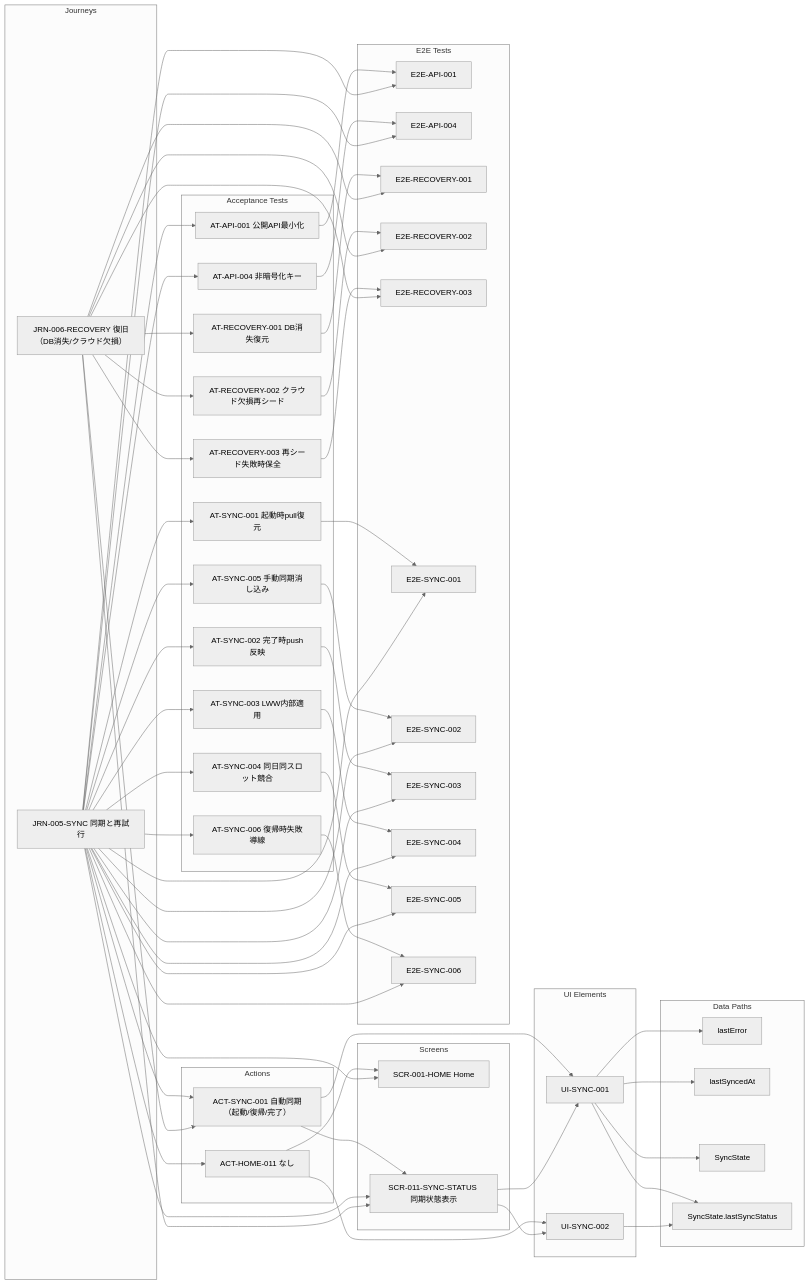
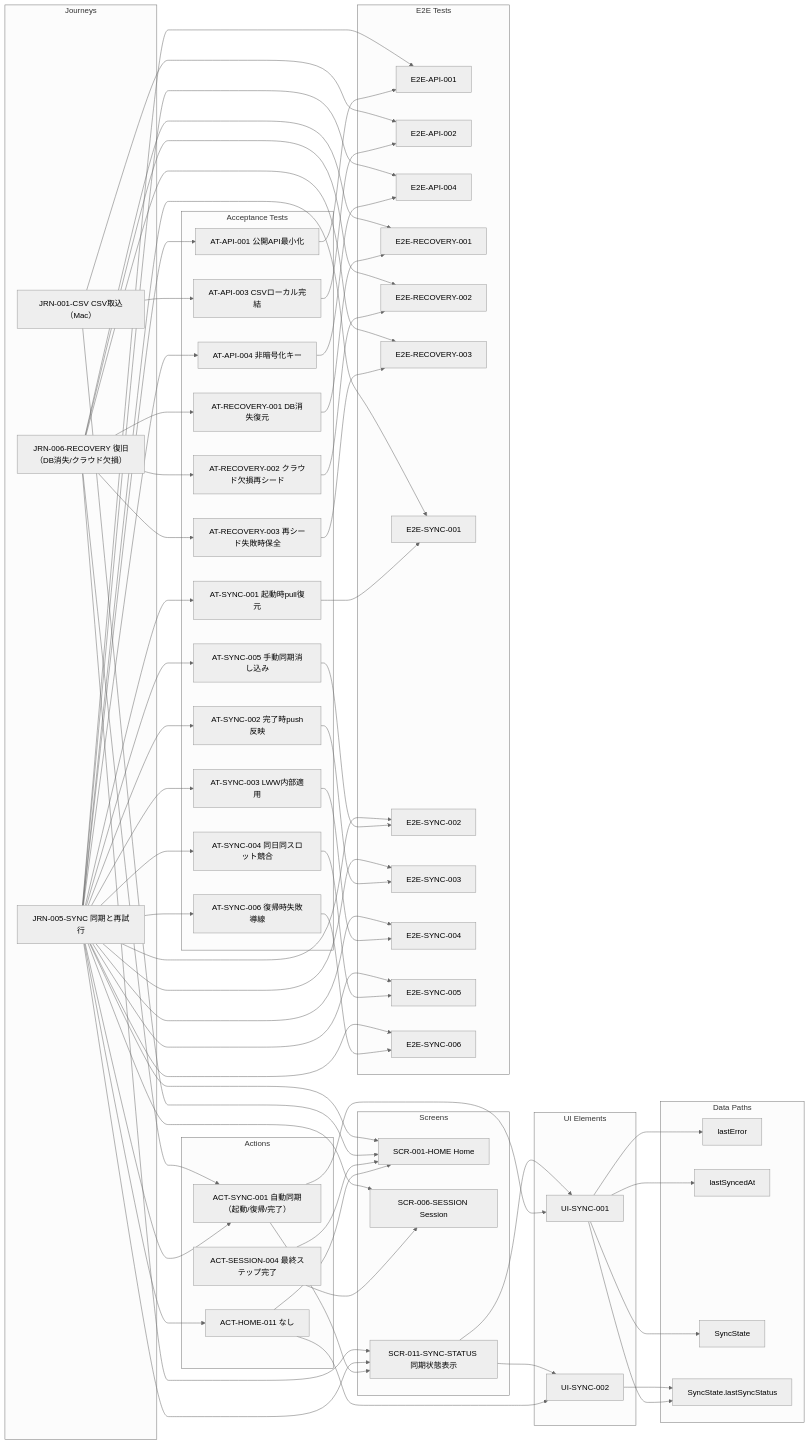
Before and after one commit to h-sakanet/capd_navi: the diagram in docs/generated/screens/SCR-011-SYNC-STATUS.md, drawn with Mermaid (neutral theme). The commit also changed 763 other files, not shown here.

````diff
--- a/docs/generated/screens/SCR-011-SYNC-STATUS.md
+++ b/docs/generated/screens/SCR-011-SYNC-STATUS.md
@@ -4,101 +4,113 @@
 flowchart LR
   %% SCR-011-SYNC-STATUS
   subgraph JRN["Journeys"]
-    N29["JRN-005-SYNC 同期と再試行"]
-    N30["JRN-006-RECOVERY 復旧（DB消失/クラウド欠損）"]
+    N32["JRN-001-CSV CSV取込（Mac）"]
+    N33["JRN-005-SYNC 同期と再試行"]
+    N34["JRN-006-RECOVERY 復旧（DB消失/クラウド欠損）"]
   end
   subgraph ACT["Actions"]
     N1["ACT-HOME-011 なし"]
-    N2["ACT-SYNC-001 自動同期（起動/復帰/完了）"]
+    N2["ACT-SESSION-004 最終ステップ完了"]
+    N3["ACT-SYNC-001 自動同期（起動/復帰/完了）"]
   end
   subgraph SCR["Screens"]
-    N31["SCR-001-HOME Home"]
-    N32["SCR-011-SYNC-STATUS 同期状態表示"]
+    N35["SCR-001-HOME Home"]
+    N36["SCR-006-SESSION Session"]
+    N37["SCR-011-SYNC-STATUS 同期状態表示"]
   end
   subgraph UI["UI Elements"]
-    N33["UI-SYNC-001"]
-    N34["UI-SYNC-002"]
+    N38["UI-SYNC-001"]
+    N39["UI-SYNC-002"]
   end
   subgraph AT["Acceptance Tests"]
-    N3["AT-API-001 公開API最小化"]
-    N4["AT-API-004 非暗号化キー"]
-    N5["AT-RECOVERY-001 DB消失復元"]
-    N6["AT-RECOVERY-002 クラウド欠損再シード"]
-    N7["AT-RECOVERY-003 再シード失敗時保全"]
-    N8["AT-SYNC-001 起動時pull復元"]
-    N9["AT-SYNC-002 完了時push反映"]
-    N10["AT-SYNC-003 LWW内部適用"]
-    N11["AT-SYNC-004 同日同スロット競合"]
-    N12["AT-SYNC-005 手動同期消し込み"]
-    N13["AT-SYNC-006 復帰時失敗導線"]
+    N4["AT-API-001 公開API最小化"]
+    N5["AT-API-003 CSVローカル完結"]
+    N6["AT-API-004 非暗号化キー"]
+    N7["AT-RECOVERY-001 DB消失復元"]
+    N8["AT-RECOVERY-002 クラウド欠損再シード"]
+    N9["AT-RECOVERY-003 再シード失敗時保全"]
+    N10["AT-SYNC-001 起動時pull復元"]
+    N11["AT-SYNC-002 完了時push反映"]
+    N12["AT-SYNC-003 LWW内部適用"]
+    N13["AT-SYNC-004 同日同スロット競合"]
+    N14["AT-SYNC-005 手動同期消し込み"]
+    N15["AT-SYNC-006 復帰時失敗導線"]
   end
   subgraph E2E["E2E Tests"]
-    N18["E2E-API-001"]
-    N19["E2E-API-004"]
-    N20["E2E-RECOVERY-001"]
-    N21["E2E-RECOVERY-002"]
-    N22["E2E-RECOVERY-003"]
-    N23["E2E-SYNC-001"]
-    N24["E2E-SYNC-002"]
-    N25["E2E-SYNC-003"]
-    N26["E2E-SYNC-004"]
-    N27["E2E-SYNC-005"]
-    N28["E2E-SYNC-006"]
+    N20["E2E-API-001"]
+    N21["E2E-API-002"]
+    N22["E2E-API-004"]
+    N23["E2E-RECOVERY-001"]
+    N24["E2E-RECOVERY-002"]
+    N25["E2E-RECOVERY-003"]
+    N26["E2E-SYNC-001"]
+    N27["E2E-SYNC-002"]
+    N28["E2E-SYNC-003"]
+    N29["E2E-SYNC-004"]
+    N30["E2E-SYNC-005"]
+    N31["E2E-SYNC-006"]
   end
   subgraph DATA["Data Paths"]
-    N14["lastError"]
-    N15["lastSyncedAt"]
-    N16["SyncState"]
-    N17["SyncState.lastSyncStatus"]
+    N16["lastError"]
+    N17["lastSyncedAt"]
+    N18["SyncState"]
+    N19["SyncState.lastSyncStatus"]
   end
-  N1 --> N31
-  N1 --> N34
-  N2 --> N32
-  N2 --> N33
-  N3 --> N18
-  N4 --> N19
-  N5 --> N20
-  N6 --> N21
-  N7 --> N22
-  N8 --> N23
+  N1 --> N35
+  N1 --> N39
+  N2 --> N35
+  N2 --> N36
+  N3 --> N37
+  N3 --> N38
+  N4 --> N20
+  N5 --> N21
+  N6 --> N22
+  N7 --> N23
+  N8 --> N24
   N9 --> N25
   N10 --> N26
-  N11 --> N27
-  N12 --> N24
-  N13 --> N28
-  N29 --> N1
-  N29 --> N2
-  N29 --> N3
-  N29 --> N4
-  N29 --> N8
-  N29 --> N9
-  N29 --> N10
-  N29 --> N11
-  N29 --> N12
-  N29 --> N13
-  N29 --> N18
-  N29 --> N19
-  N29 --> N23
-  N29 --> N24
-  N29 --> N25
-  N29 --> N26
-  N29 --> N27
-  N29 --> N28
-  N29 --> N31
-  N29 --> N32
-  N30 --> N2
-  N30 --> N5
-  N30 --> N6
-  N30 --> N7
-  N30 --> N20
-  N30 --> N21
-  N30 --> N22
-  N30 --> N32
-  N32 --> N33
-  N32 --> N34
+  N11 --> N28
+  N12 --> N29
+  N13 --> N30
+  N14 --> N27
+  N15 --> N31
+  N32 --> N5
+  N32 --> N21
+  N32 --> N35
+  N33 --> N1
+  N33 --> N3
+  N33 --> N4
+  N33 --> N6
+  N33 --> N10
+  N33 --> N11
+  N33 --> N12
+  N33 --> N13
   N33 --> N14
   N33 --> N15
-  N33 --> N16
-  N33 --> N17
-  N34 --> N17
+  N33 --> N20
+  N33 --> N22
+  N33 --> N26
+  N33 --> N27
+  N33 --> N28
+  N33 --> N29
+  N33 --> N30
+  N33 --> N31
+  N33 --> N35
+  N33 --> N36
+  N33 --> N37
+  N34 --> N3
+  N34 --> N7
+  N34 --> N8
+  N34 --> N9
+  N34 --> N23
+  N34 --> N24
+  N34 --> N25
+  N34 --> N37
+  N37 --> N38
+  N37 --> N39
+  N38 --> N16
+  N38 --> N17
+  N38 --> N18
+  N38 --> N19
+  N39 --> N19
 ```
````
